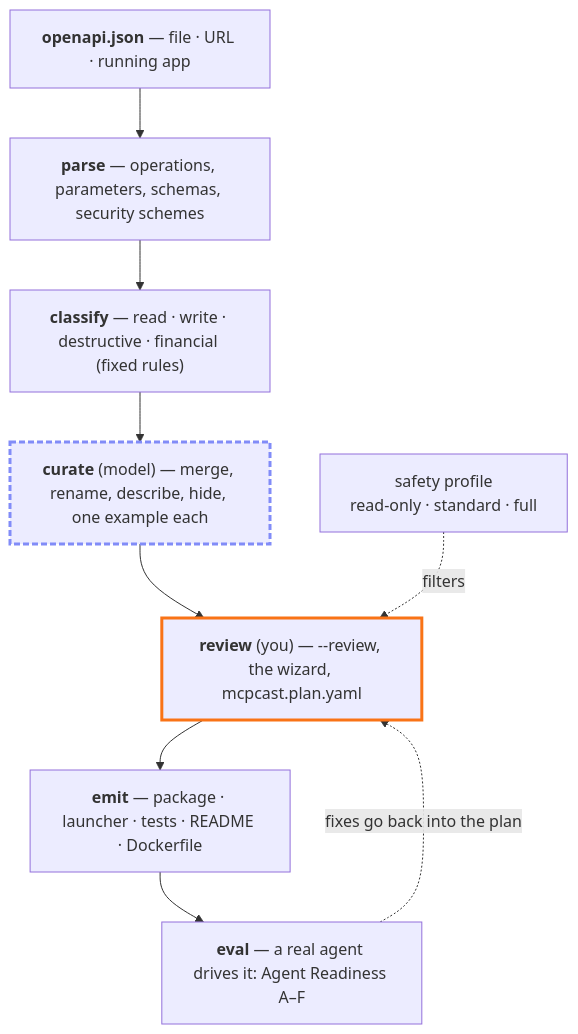
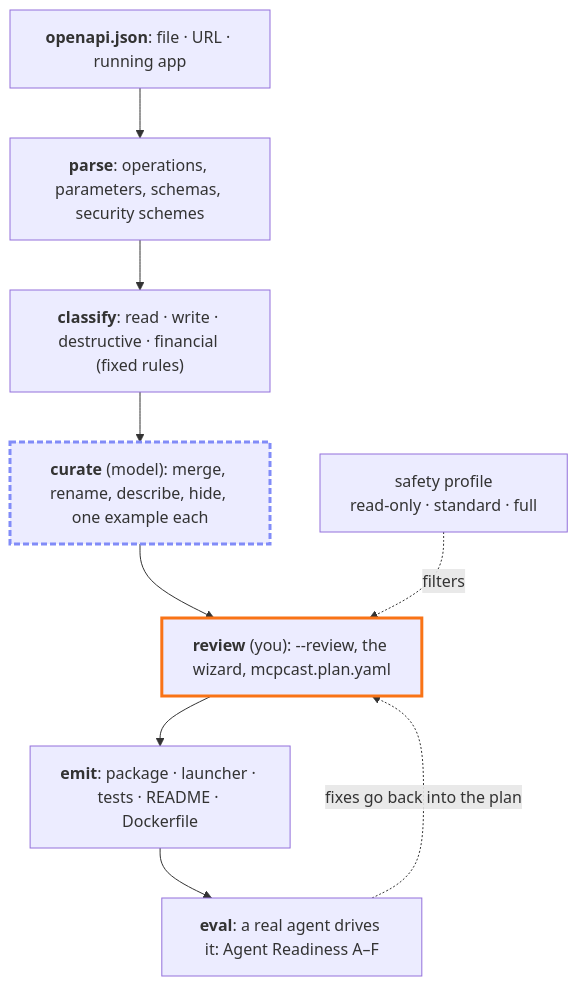
One commit to CloudEngineHub/DeepMCPAgent changed the third of 5 diagrams in docs/mcpcast/index.md. Above: the diagram before and after it, drawn with Mermaid. The commit also changed other lines of this file and 4 other files, not shown here.

Commit message:
docs: plain punctuation in diagram labels

````diff
--- a/docs/mcpcast/index.md
+++ b/docs/mcpcast/index.md
@@ -136,19 +136,19 @@
 ```mermaid
 flowchart TB
-    spec["<b>openapi.json</b> — file · URL · running app"]
-    parse["<b>parse</b> — operations, parameters, schemas, security schemes"]
-    classify["<b>classify</b> — read · write · destructive · financial (fixed rules)"]
-    curate["<b>curate</b> (model) — merge, rename, describe, hide, one example each"]
-    review["<b>review</b> (you) — --review, the wizard, mcpcast.plan.yaml"]
-    emit["<b>emit</b> — package · launcher · tests · README · Dockerfile"]
-    score["<b>eval</b> — a real agent drives it: Agent Readiness A–F"]
+    spec["<b>openapi.json</b>: file · URL · running app"]
+    parse["<b>parse</b>: operations, parameters, schemas, security schemes"]
+    classify["<b>classify</b>: read · write · destructive · financial (fixed rules)"]
+    curate["<b>curate</b> (model): merge, rename, describe, hide, one example each"]
+    review["<b>review</b> (you): --review, the wizard, mcpcast.plan.yaml"]
+    emit["<b>emit</b>: package · launcher · tests · README · Dockerfile"]
+    score["<b>eval</b>: a real agent drives it: Agent Readiness A–F"]
     spec --> parse --> classify --> curate --> review --> emit --> score
     profile["safety profile<br/>read-only · standard · full"] -. filters .-> review
     score -. fixes go back into the plan .-> review
     classDef code stroke-width:1px
     classDef human stroke:#f97316,stroke-width:3px
     classDef model stroke:#818cf8,stroke-width:3px,stroke-dasharray:6 3
     class parse,classify,emit,score code
     class review human
     class curate model
 ```
````
